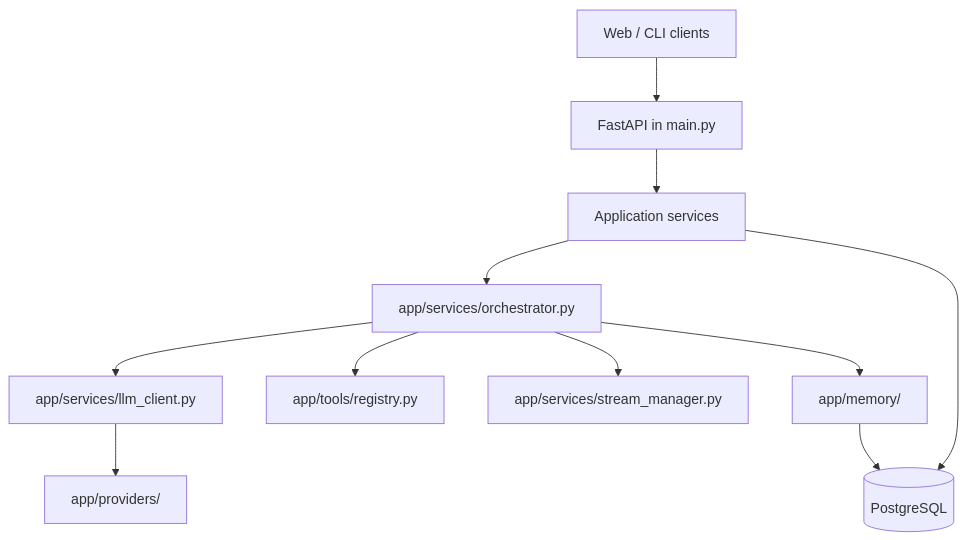
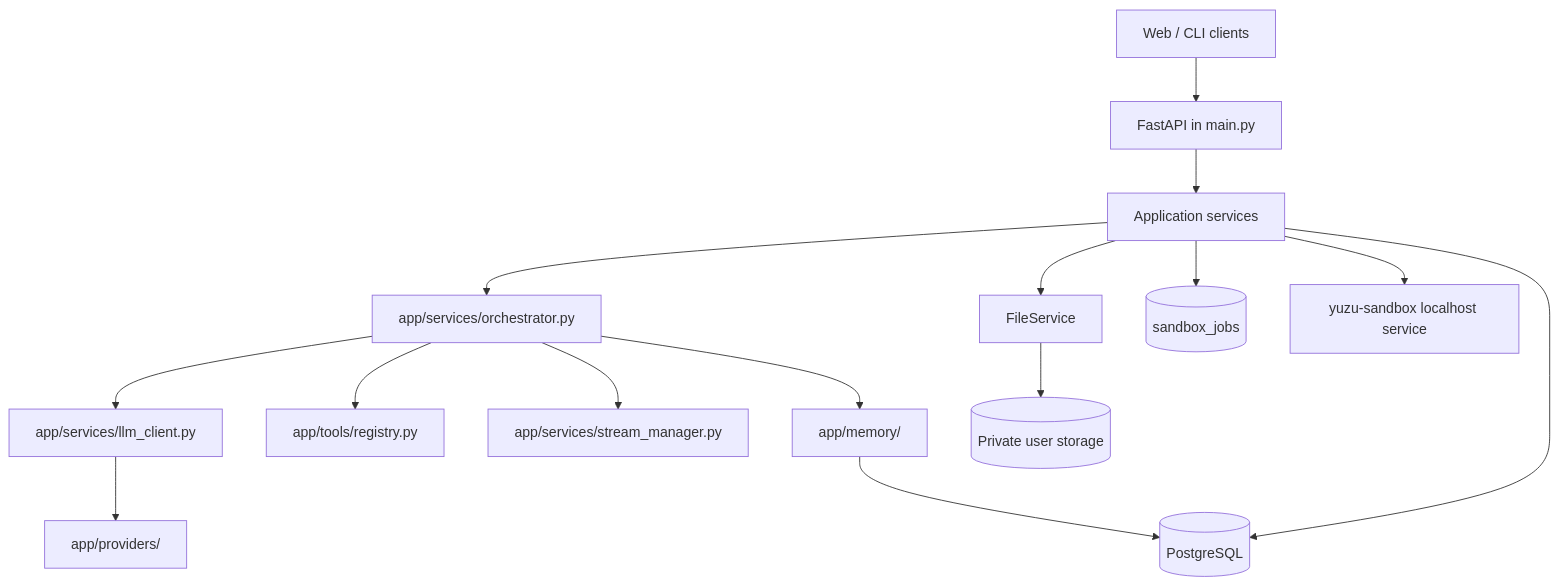
Before and after one commit to icedeyes12/yuzu-core: the diagram in docs/architecture/README.md, drawn with Mermaid. The commit also changed other lines of this file and 8 other files, not shown here.

````diff
--- a/docs/architecture/README.md
+++ b/docs/architecture/README.md
@@ -7,13 +7,17 @@
 ```mermaid
 flowchart TB
     UI[Web / CLI clients] --> API[FastAPI in main.py]
     API --> SVC[Application services]
     SVC --> ORCH[app/services/orchestrator.py]
     ORCH --> LLM[app/services/llm_client.py]
     LLM --> PROVIDERS[app/providers/]
     ORCH --> TOOLS[app/tools/registry.py]
     ORCH --> STREAM[app/services/stream_manager.py]
     ORCH --> MEMORY[app/memory/]
     MEMORY --> DB[(PostgreSQL)]
     SVC --> DB
+    SVC --> FILES[FileService]
+    FILES --> STORE[(Private user storage)]
+    SVC --> JOBS[(sandbox_jobs)]
+    SVC --> RUNNER[yuzu-sandbox localhost service]
 ```
````
